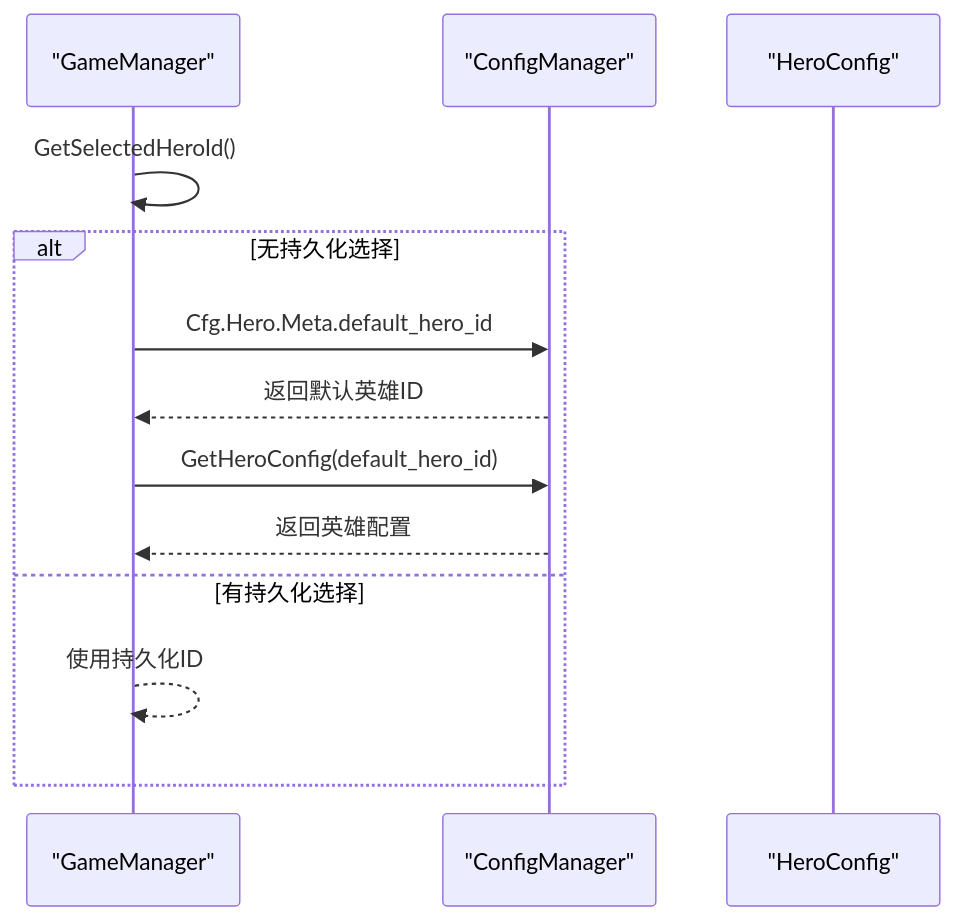
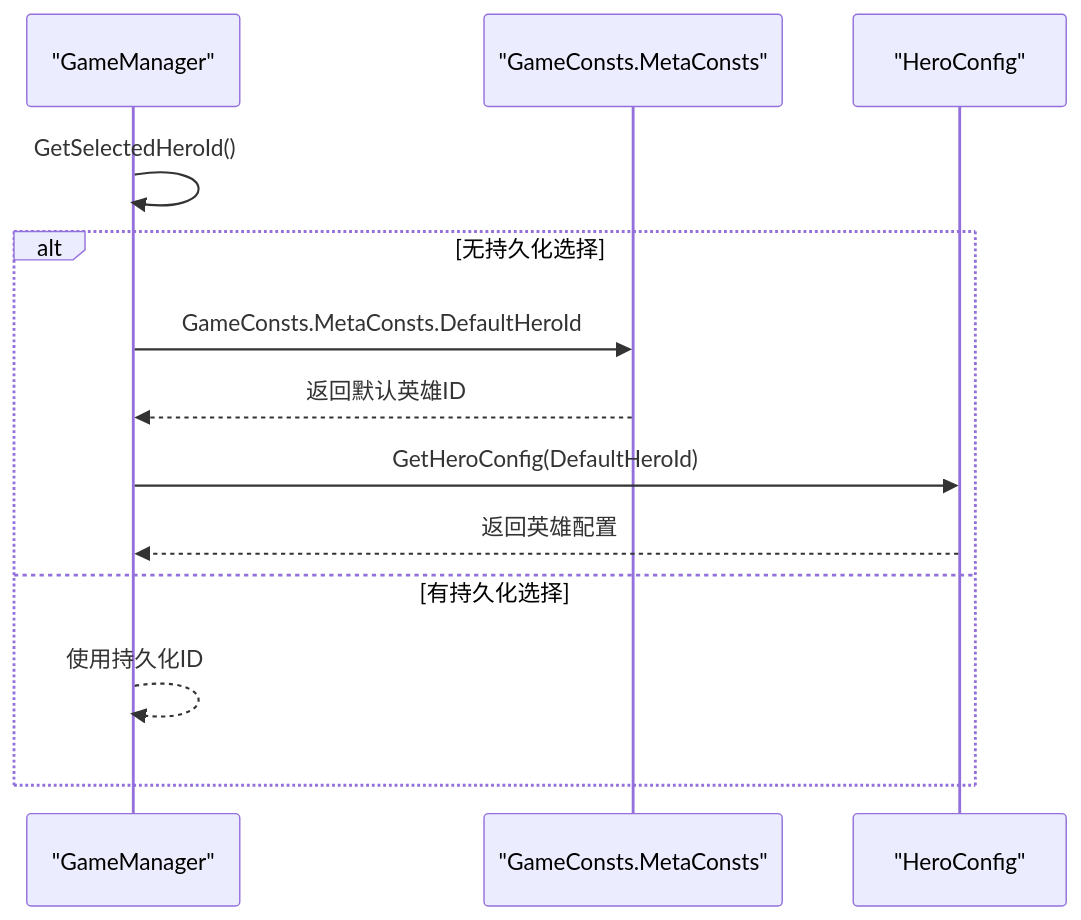
The fourth of 5 diagrams in .qoder/repowiki/zh/content/配置管理系统/配置文件类型/全局配置文件.md (Tuusen/p1_client), drawn with Mermaid before and after one commit. The commit also changed other lines of this file and 14 other files, not shown here.

````diff
--- a/.qoder/repowiki/zh/content/配置管理系统/配置文件类型/全局配置文件.md
+++ b/.qoder/repowiki/zh/content/配置管理系统/配置文件类型/全局配置文件.md
@@ -202,15 +236,15 @@
 ```mermaid
 sequenceDiagram
 participant GM as "GameManager"
-participant CM as "ConfigManager"
+participant GC as "GameConsts.MetaConsts"
 participant HC as "HeroConfig"
 GM->>GM : GetSelectedHeroId()
 alt 无持久化选择
-GM->>CM : Cfg.Hero.Meta.default_hero_id
-CM-->>GM : 返回默认英雄ID
-GM->>CM : GetHeroConfig(default_hero_id)
-CM-->>GM : 返回英雄配置
+GM->>GC : GameConsts.MetaConsts.DefaultHeroId
+GC-->>GM : 返回默认英雄ID
+GM->>HC : GetHeroConfig(DefaultHeroId)
+HC-->>GM : 返回英雄配置
 else 有持久化选择
 GM-->>GM : 使用持久化ID
 end
 ```
````
